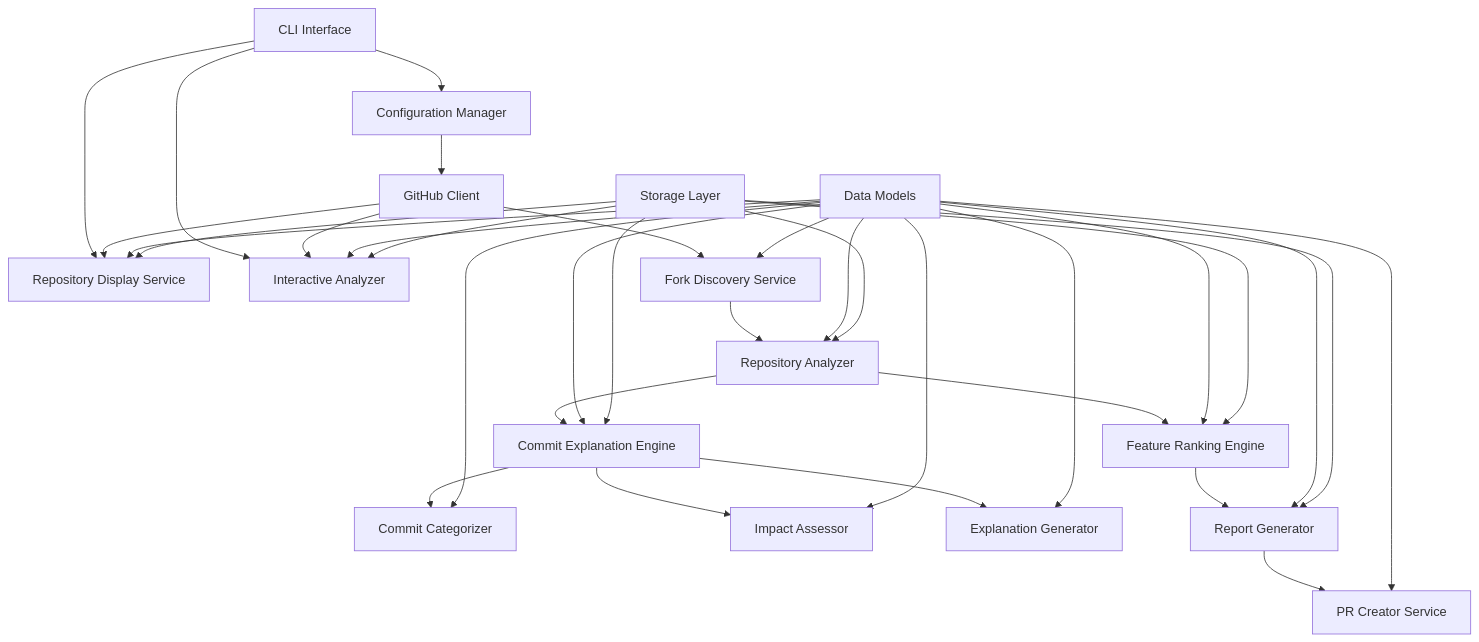
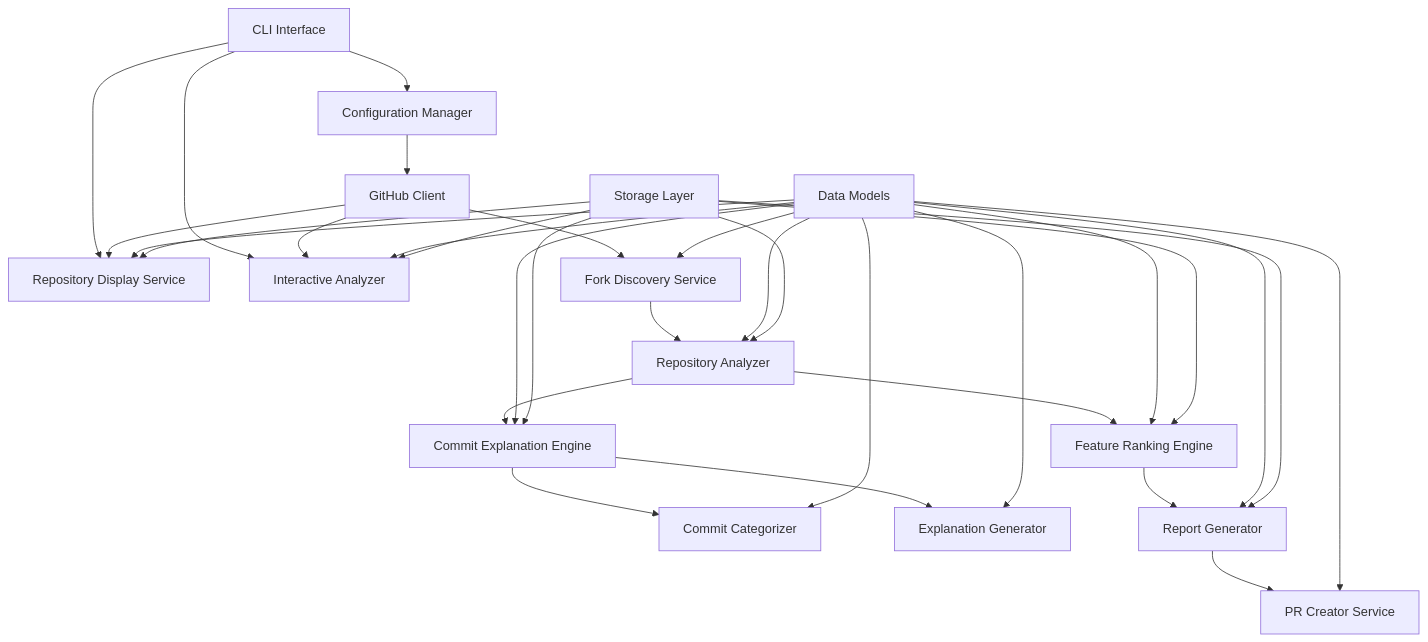
Before and after one commit to Romamo/forkscout: the diagram in .kiro/specs/forklift-tool/design.md, drawn with Mermaid. The commit also changed other lines of this file and 32 other files, not shown here.

````diff
--- a/.kiro/specs/forklift-tool/design.md
+++ b/.kiro/specs/forklift-tool/design.md
@@ -11,37 +11,35 @@
 ```mermaid
 graph TD
     A[CLI Interface] --> B[Configuration Manager]
     A --> K[Repository Display Service]
     A --> L[Interactive Analyzer]
     B --> C[GitHub Client]
     C --> D[Fork Discovery Service]
     C --> K
     C --> L
     D --> E[Repository Analyzer]
     E --> M[Commit Explanation Engine]
     M --> N[Commit Categorizer]
-    M --> O[Impact Assessor]
-    M --> P[Explanation Generator]
+    M --> O[Explanation Generator]
     E --> F[Feature Ranking Engine]
     F --> G[Report Generator]
     G --> H[PR Creator Service]
     
     I[Data Models] --> D
     I --> E
     I --> F
     I --> G
     I --> H
     I --> K
     I --> L
     I --> M
     I --> N
     I --> O
-    I --> P
     
     J[Storage Layer] --> E
     J --> F
     J --> G
     J --> K
     J --> L
     J --> M
 ```
````
